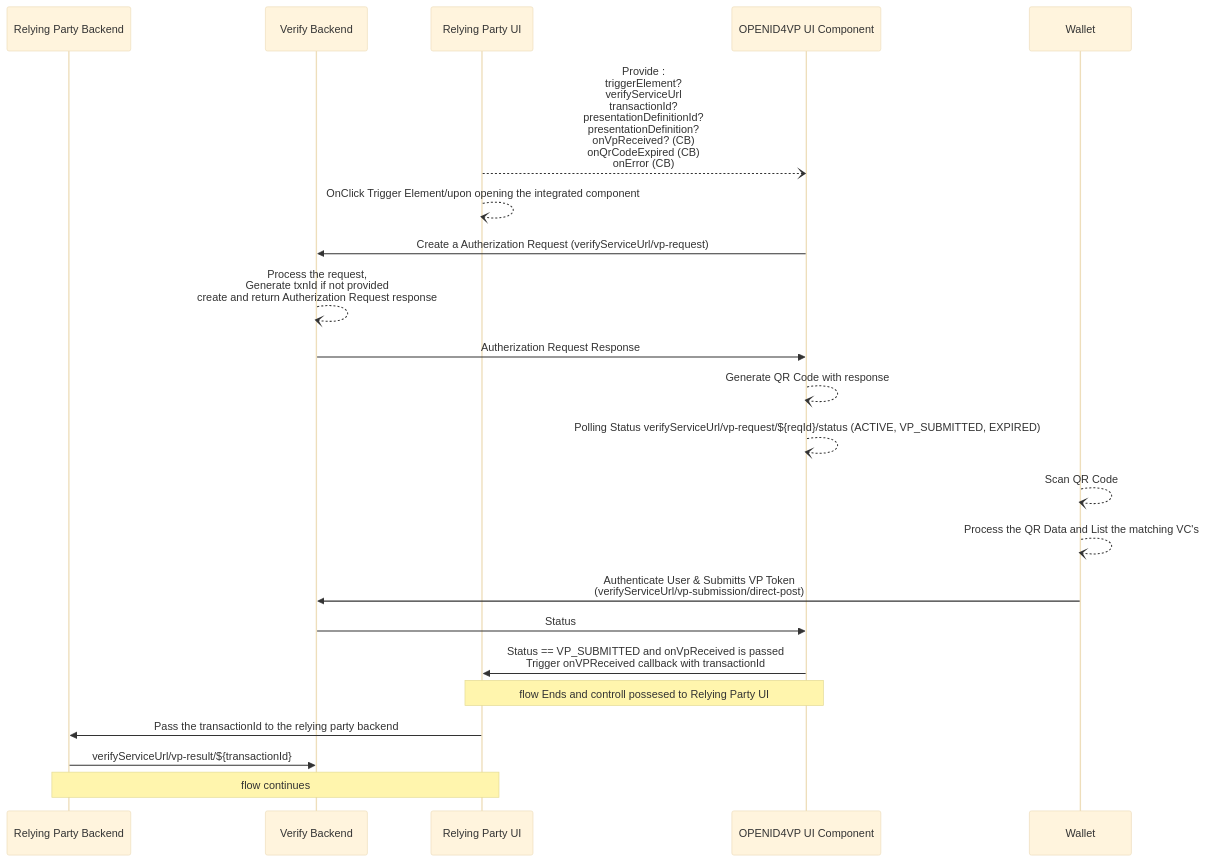
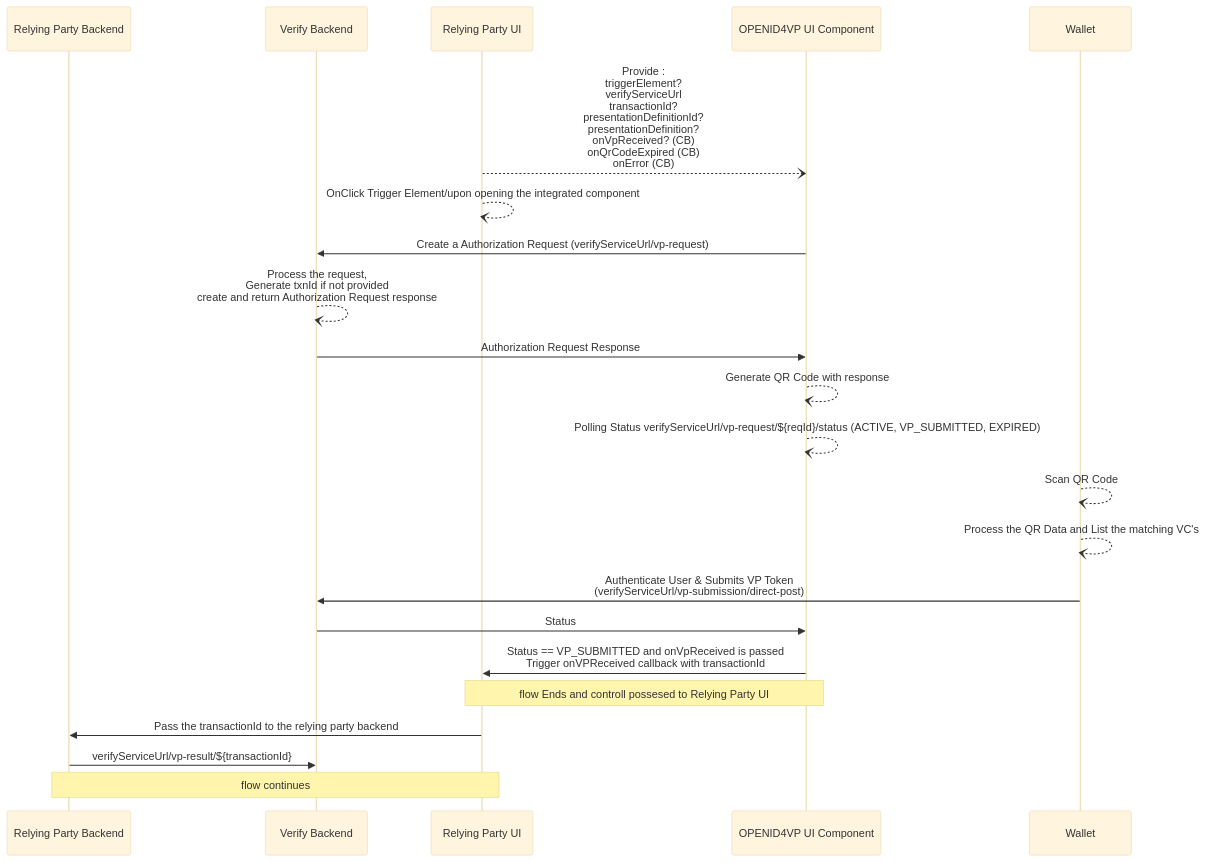
Before and after one commit to mosip/inji-verify: the first of 4 diagrams in docs/InjiVerifySDK.md, drawn with Mermaid (base theme). The commit also changed other lines of this file and 2 other files, not shown here.

````diff
--- a/docs/InjiVerifySDK.md
+++ b/docs/InjiVerifySDK.md
@@ -3,26 +3,26 @@
 ```mermaid 
 sequenceDiagram
     participant Relying Party Backend
     participant Verify Backend
     participant Relying Party UI
     participant OPENID4VP UI Component
     participant Wallet
 
 
     Relying Party UI--)OPENID4VP UI Component: Provide : <br> triggerElement? <br> verifyServiceUrl <br> transactionId? <br>  presentationDefinitionId? <br> presentationDefinition? <br> onVpReceived? (CB) <br> onQrCodeExpired (CB) <br> onError (CB) 
     Relying Party UI--)Relying Party UI: OnClick Trigger Element/upon opening the integrated component
-    OPENID4VP UI Component->>Verify Backend: Create a Autherization Request (verifyServiceUrl/vp-request) 
-    Verify Backend--)Verify Backend: Process the request,<br>Generate txnId if not provided<br> create and return Autherization Request response
-    Verify Backend->>OPENID4VP UI Component: Autherization Request Response
+    OPENID4VP UI Component->>Verify Backend: Create a Authorization Request (verifyServiceUrl/vp-request) 
+    Verify Backend--)Verify Backend: Process the request,<br>Generate txnId if not provided<br> create and return Authorization Request response
+    Verify Backend->>OPENID4VP UI Component: Authorization Request Response
     OPENID4VP UI Component--)OPENID4VP UI Component: Generate QR Code with response
     OPENID4VP UI Component--)OPENID4VP UI Component: Polling Status verifyServiceUrl/vp-request/${reqId}/status (ACTIVE, VP_SUBMITTED, EXPIRED)
     Wallet--)Wallet: Scan QR Code
     Wallet--)Wallet: Process the QR Data and List the matching VC's
-    Wallet->>Verify Backend: Authenticate User & Submitts VP Token <br> (verifyServiceUrl/vp-submission/direct-post)
+    Wallet->>Verify Backend: Authenticate User & Submits VP Token <br> (verifyServiceUrl/vp-submission/direct-post)
     Verify Backend->>OPENID4VP UI Component: Status
     OPENID4VP UI Component->>Relying Party UI: Status == VP_SUBMITTED and onVpReceived is passed <br>Trigger onVPReceived callback with transactionId
     Note over OPENID4VP UI Component,Relying Party UI: flow Ends and controll possesed to Relying Party UI
     Relying Party UI->>Relying Party Backend: Pass the transactionId to the relying party backend
     Relying Party Backend->>Verify Backend: verifyServiceUrl/vp-result/${transactionId}
     Note over Relying Party Backend,Relying Party UI: flow continues 
 ```
````
